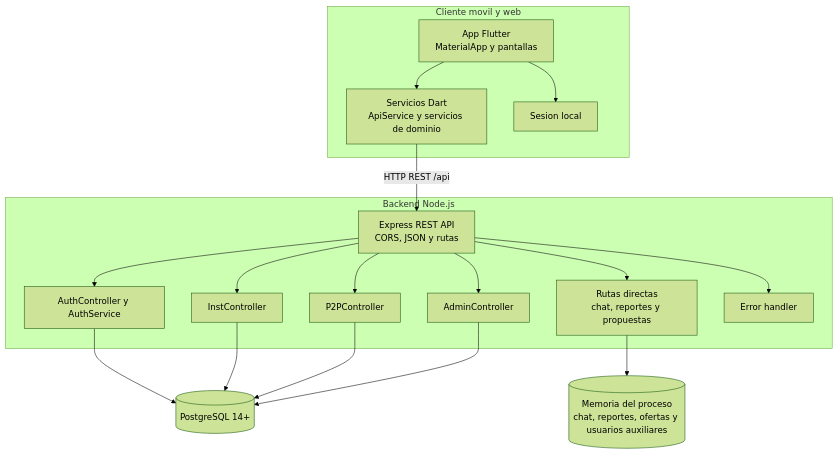
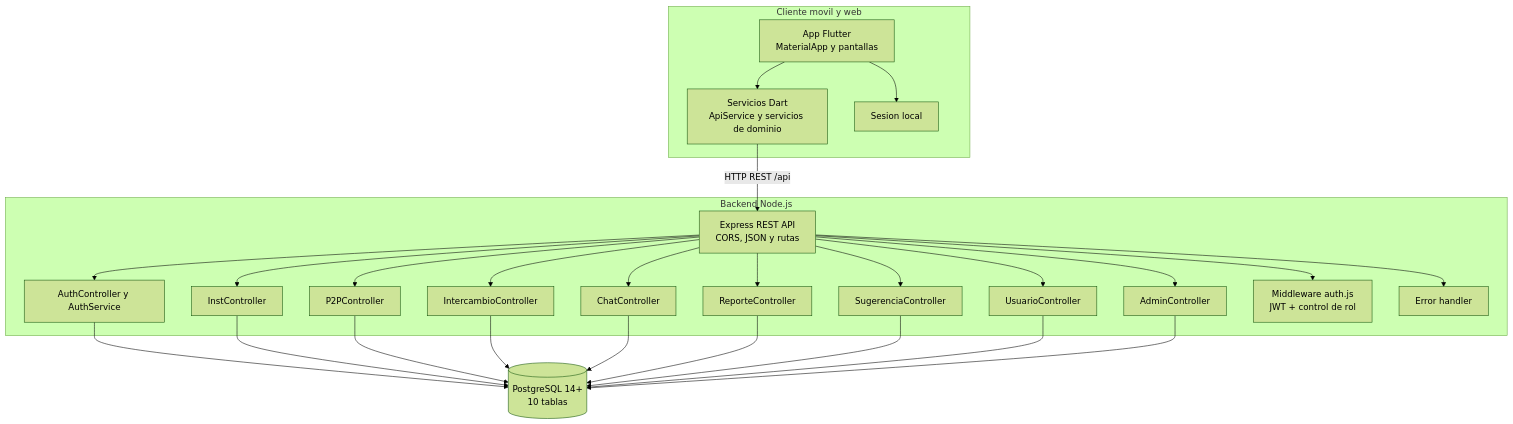
One commit to GVal24/switch changed the second of 11 diagrams in diagramas_mermaid_srs.md. Above: the diagram before and after it, drawn with Mermaid (forest theme). The commit also changed other lines of this file and 15 other files, not shown here.

````diff
--- a/diagramas_mermaid_srs.md
+++ b/diagramas_mermaid_srs.md
@@ -28,36 +28,49 @@
 ```mermaid
 flowchart TB
     subgraph cliente[Cliente movil y web]
         flutter[App Flutter\nMaterialApp y pantallas]
         servicios[Servicios Dart\nApiService y servicios de dominio]
         almacenamiento[Sesion local]
         flutter --> servicios
         flutter --> almacenamiento
     end
 
     subgraph backend[Backend Node.js]
         express[Express REST API\nCORS, JSON y rutas]
         auth[AuthController y AuthService]
         instituciones[InstController]
         p2p[P2PController]
+        intercambios[IntercambioController]
+        chat[ChatController]
+        reportes[ReporteController]
+        sugerencias[SugerenciaController]
+        usuario[UsuarioController]
         admin[AdminController]
-        soporte[Rutas directas\nchat, reportes y propuestas]
+        jwt[Middleware auth.js\nJWT + control de rol]
         errores[Error handler]
         express --> auth
         express --> instituciones
         express --> p2p
+        express --> intercambios
+        express --> chat
+        express --> reportes
+        express --> sugerencias
+        express --> usuario
         express --> admin
-        express --> soporte
+        express --> jwt
         express --> errores
     end
 
-    postgres[(PostgreSQL 14+)]
-    memoria[(Memoria del proceso\nchat, reportes, ofertas y usuarios auxiliares)]
+    postgres[(PostgreSQL 14+\n10 tablas)]
 
     servicios -->|HTTP REST /api| express
     auth --> postgres
     instituciones --> postgres
     p2p --> postgres
+    intercambios --> postgres
+    chat --> postgres
+    reportes --> postgres
+    sugerencias --> postgres
+    usuario --> postgres
     admin --> postgres
-    soporte --> memoria
 ```
````
